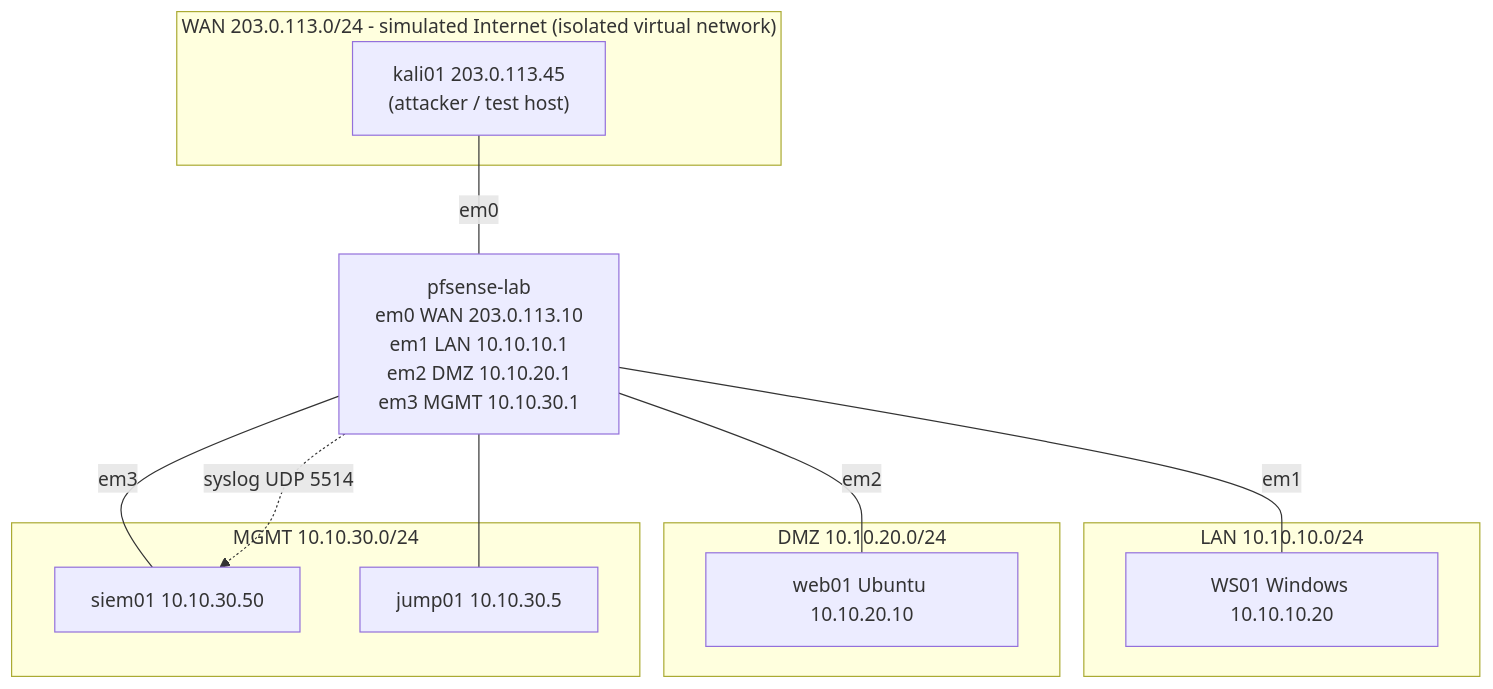
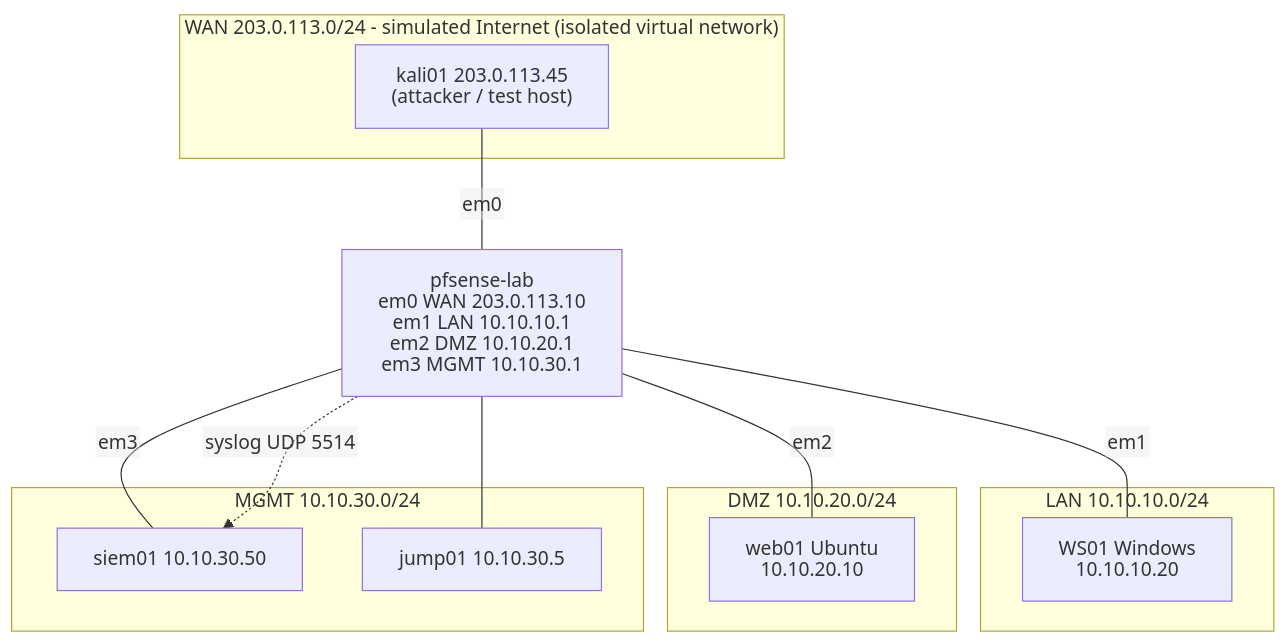
The diagram in README.md (OYDeadpoolife/pfsense-network-security-lab), drawn with Mermaid before and after one commit. The commit also changed 2 other files, not shown here.

Commit message:
Use SVG text labels in Mermaid diagrams (HTML labels were clipped on GitHub)

````diff
--- a/README.md
+++ b/README.md
@@ -54,23 +54,29 @@
 ```mermaid
+---
+config:
+  htmlLabels: false
+  flowchart:
+    htmlLabels: false
+---
 flowchart TB
     subgraph WAN["WAN 203.0.113.0/24 - simulated Internet (isolated virtual network)"]
         K["kali01 203.0.113.45<br/>(attacker / test host)"]
     end
     FW["pfsense-lab<br/>em0 WAN 203.0.113.10<br/>em1 LAN 10.10.10.1<br/>em2 DMZ 10.10.20.1<br/>em3 MGMT 10.10.30.1"]
     subgraph LAN["LAN 10.10.10.0/24"]
         WS["WS01 Windows 10.10.10.20"]
     end
     subgraph DMZ["DMZ 10.10.20.0/24"]
         W["web01 Ubuntu 10.10.20.10"]
     end
     subgraph MGMT["MGMT 10.10.30.0/24"]
         S["siem01 10.10.30.50"]
         J["jump01 10.10.30.5"]
     end
     K ---|em0| FW
     FW ---|em1| WS
     FW ---|em2| W
     FW ---|em3| S
     FW --- J
     FW -. "syslog UDP 5514" .-> S
 ```
````
